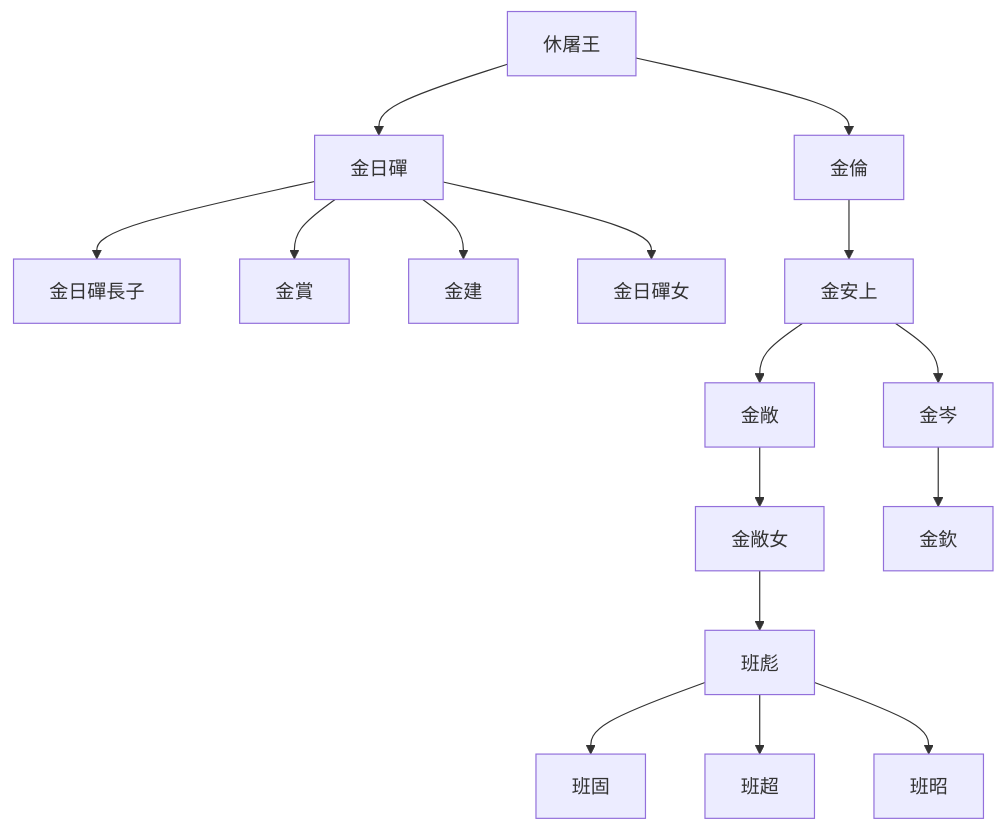
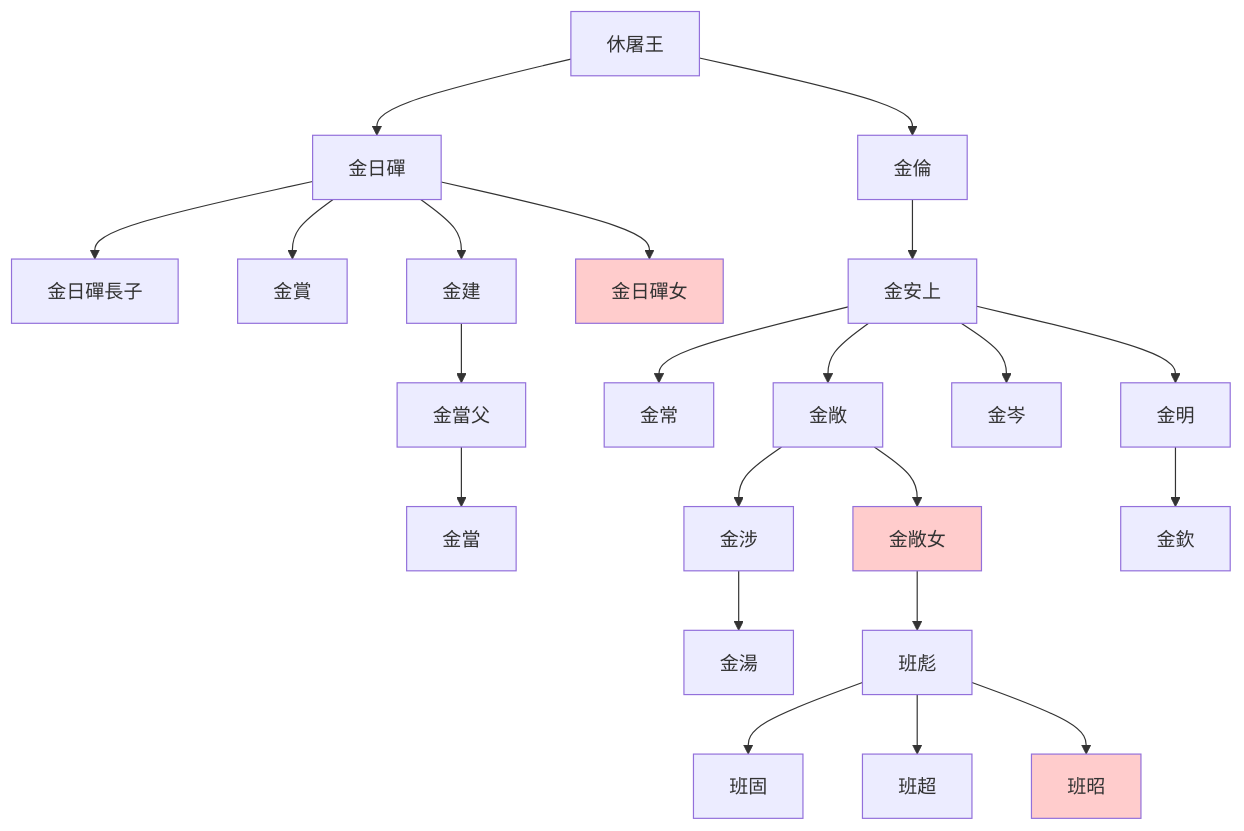
One commit to gamefang/zizhitongjian changed the diagram in 筆記/资治通鉴29.md. Above: the diagram before and after it, drawn with Mermaid. The commit also changed 31 other files, not shown here.

Commit message:
更新至卷36節2，添加筆記中圖表記錄

````diff
--- a/筆記/资治通鉴29.md
+++ b/筆記/资治通鉴29.md
@@ -52,18 +52,31 @@
 ```mermaid
 graph TB
 休屠王-->金日磾
 休屠王-->金倫
+
 金日磾-->金日磾長子
 金日磾-->金賞
 金日磾-->金建
+金建-->金當父
+金當父-->金當
 金日磾-->金日磾女
+
 金倫-->金安上
+金安上-->金常
 金安上-->金敞
-金安上-->金岑
+
+金敞-->金涉
+金涉-->金湯
 金敞-->金敞女
 金敞女-->班彪
-金岑-->金欽
 班彪-->班固
 班彪-->班超
 班彪-->班昭
+
+金安上-->金岑
+金安上-->金明
+金明-->金欽
+
+classDef female fill:#ffcccc
+class 金日磾女,金敞女,班昭 female
 ```
````
